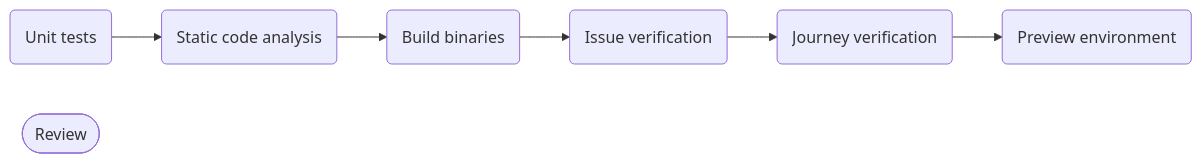
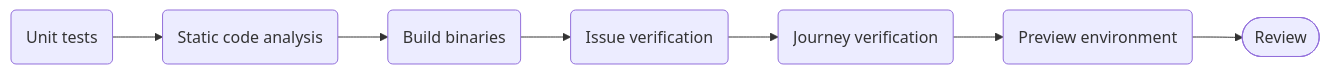
Before and after one commit to ContinuousEngineeringProject/ContinuousEngineeringProject.github.io: the seventh of 10 diagrams in docs/factory_pipelines.md, drawn with Mermaid.

Commit message:
docs(pipeline): fix link  rin PR

````diff
--- a/docs/factory_pipelines.md
+++ b/docs/factory_pipelines.md
@@ -139,12 +139,12 @@
 ```mermaid
 flowchart LR
   id1(Unit tests)
   id2(Static code analysis)
   id3(Build binaries)
   id4(Issue verification)
   id5(Journey verification)
   id6(Preview environment)
   id7([Review])
   
-  id1 --> id2 --> id3 --> id4 --> id5 -->id6
+  id1 --> id2 --> id3 --> id4 --> id5 -->id6 --> id7
 ```
````
